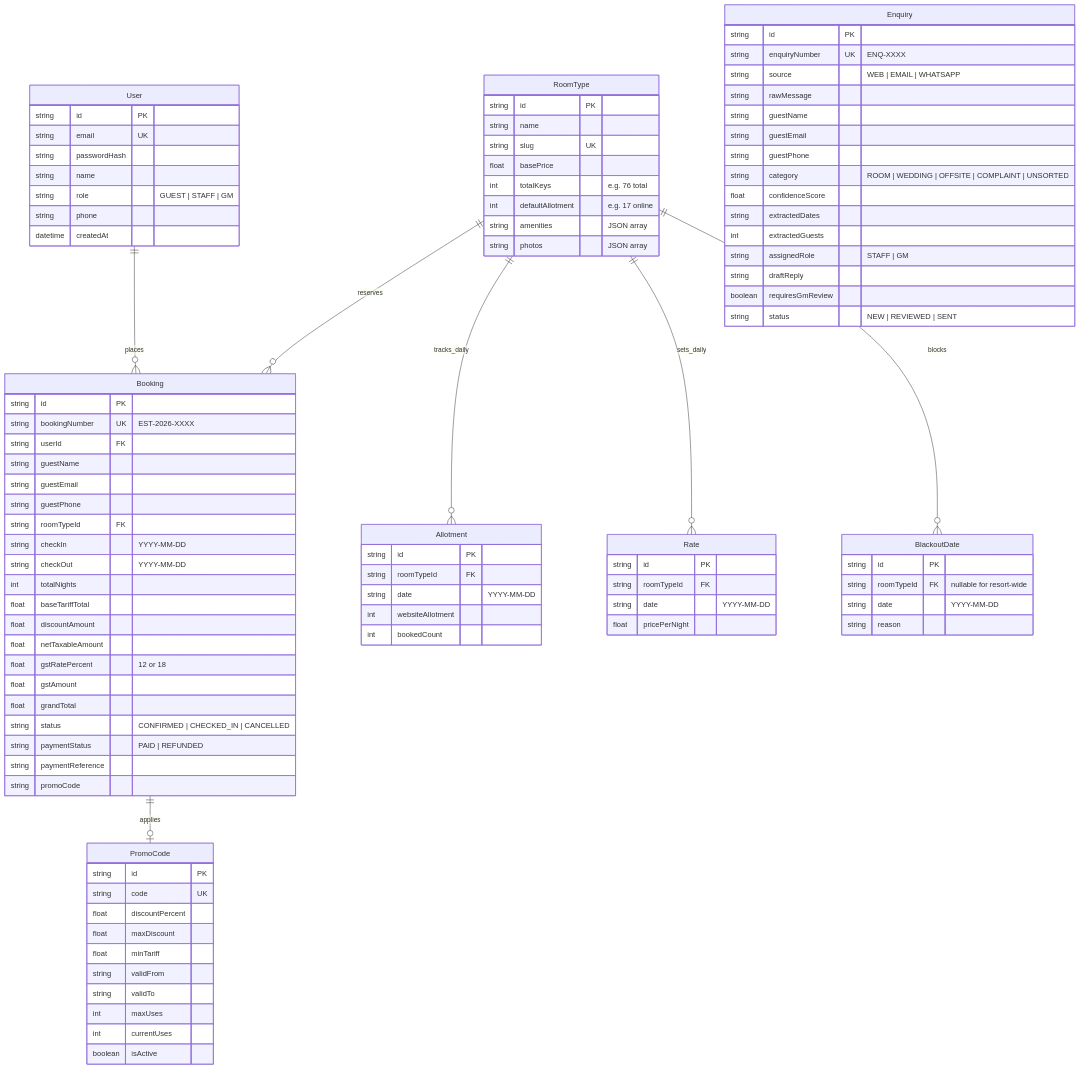
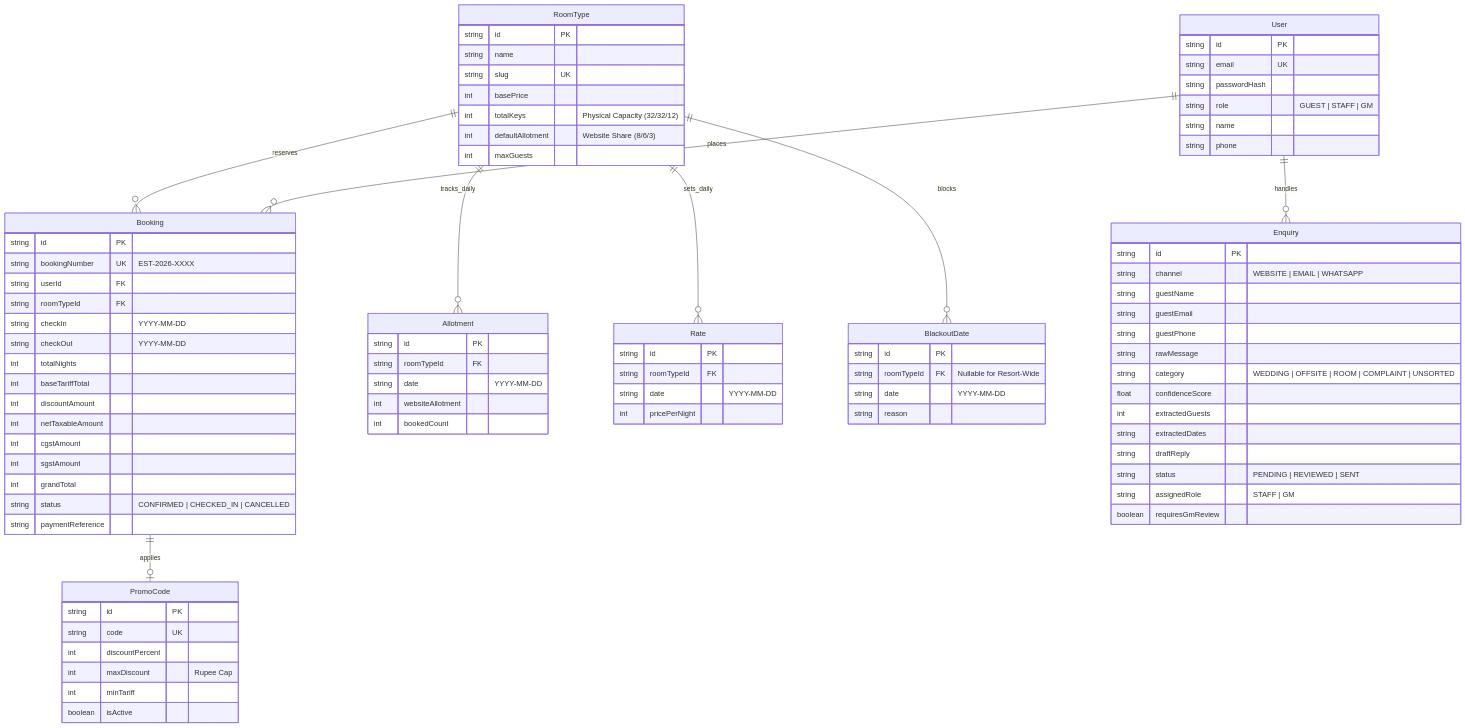
One commit to Dinakarluffy/the-estate-resort changed the second of 3 diagrams in TDD.md. Above: the diagram before and after it, drawn with Mermaid. The commit also changed other lines of this file and 8 other files, not shown here.

````diff
--- a/TDD.md
+++ b/TDD.md
@@ -96,26 +119,25 @@
     RoomType ||--o{ BlackoutDate : blocks
     RoomType ||--o{ Booking : reserves
     Booking ||--o| PromoCode : applies
+    User ||--o{ Enquiry : handles
 
     User {
         string id PK
         string email UK
         string passwordHash
+        string role "GUEST | STAFF | GM"
         string name
-        string role "GUEST | STAFF | GM"
         string phone
-        datetime createdAt
     }
 
     RoomType {
         string id PK
         string name
         string slug UK
-        float basePrice
-        int totalKeys "e.g. 76 total"
-        int defaultAllotment "e.g. 17 online"
-        string amenities "JSON array"
-        string photos "JSON array"
+        int basePrice
+        int totalKeys "Physical Capacity (32/32/12)"
+        int defaultAllotment "Website Share (8/6/3)"
+        int maxGuests
     }
 
     Allotment {
@@ -130,67 +152,57 @@
         string id PK
         string roomTypeId FK
         string date "YYYY-MM-DD"
-        float pricePerNight
+        int pricePerNight
     }
 
     BlackoutDate {
         string id PK
-        string roomTypeId FK "nullable for resort-wide"
+        string roomTypeId FK "Nullable for Resort-Wide"
         string date "YYYY-MM-DD"
         string reason
-    }
-
-    PromoCode {
-        string id PK
-        string code UK
-        float discountPercent
-        float maxDiscount
-        float minTariff
-        string validFrom
-        string validTo
-        int maxUses
-        int currentUses
-        boolean isActive
     }
 
     Booking {
         string id PK
         string bookingNumber UK "EST-2026-XXXX"
         string userId FK
-        string guestName
-        string guestEmail
-        string guestPhone
         string roomTypeId FK
         string checkIn "YYYY-MM-DD"
         string checkOut "YYYY-MM-DD"
         int totalNights
-        float baseTariffTotal
-        float discountAmount
-        float netTaxableAmount
-        float gstRatePercent "12 or 18"
-        float gstAmount
-        float grandTotal
+        int baseTariffTotal
+        int discountAmount
+        int netTaxableAmount
+        int cgstAmount
+        int sgstAmount
+        int grandTotal
         string status "CONFIRMED | CHECKED_IN | CANCELLED"
-        string paymentStatus "PAID | REFUNDED"
         string paymentReference
-        string promoCode
+    }
+
+    PromoCode {
+        string id PK
+        string code UK
+        int discountPercent
+        int maxDiscount "Rupee Cap"
+        int minTariff
+        boolean isActive
     }
 
     Enquiry {
         string id PK
-        string enquiryNumber UK "ENQ-XXXX"
-        string source "WEB | EMAIL | WHATSAPP"
-        string rawMessage
+        string channel "WEBSITE | EMAIL | WHATSAPP"
         string guestName
         string guestEmail
         string guestPhone
-        string category "ROOM | WEDDING | OFFSITE | COMPLAINT | UNSORTED"
+        string rawMessage
+        string category "WEDDING | OFFSITE | ROOM | COMPLAINT | UNSORTED"
         float confidenceScore
+        int extractedGuests
         string extractedDates
-        int extractedGuests
+        string draftReply
+        string status "PENDING | REVIEWED | SENT"
         string assignedRole "STAFF | GM"
-        string draftReply
         boolean requiresGmReview
-        string status "NEW | REVIEWED | SENT"
     }
 ```
````
